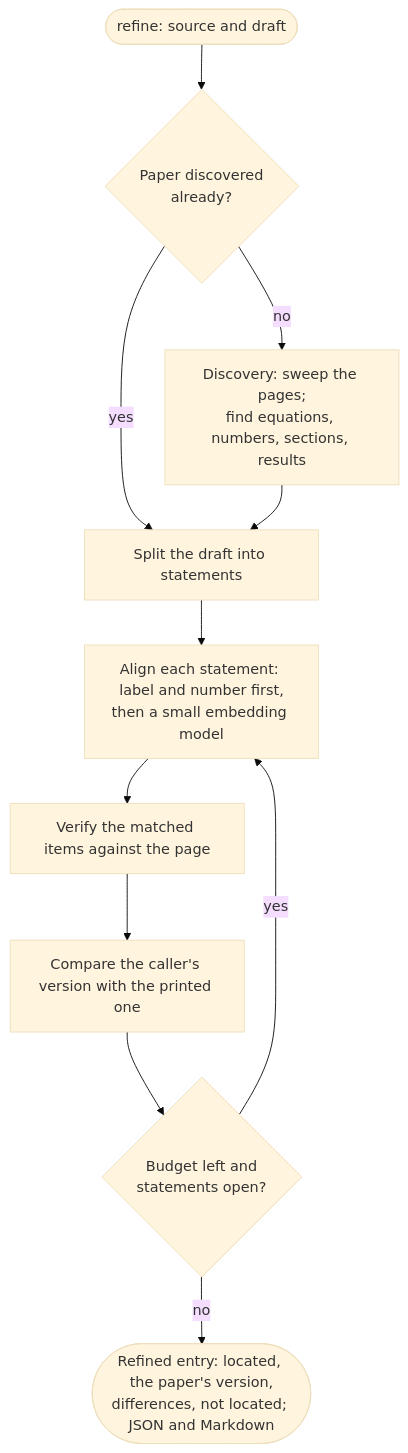
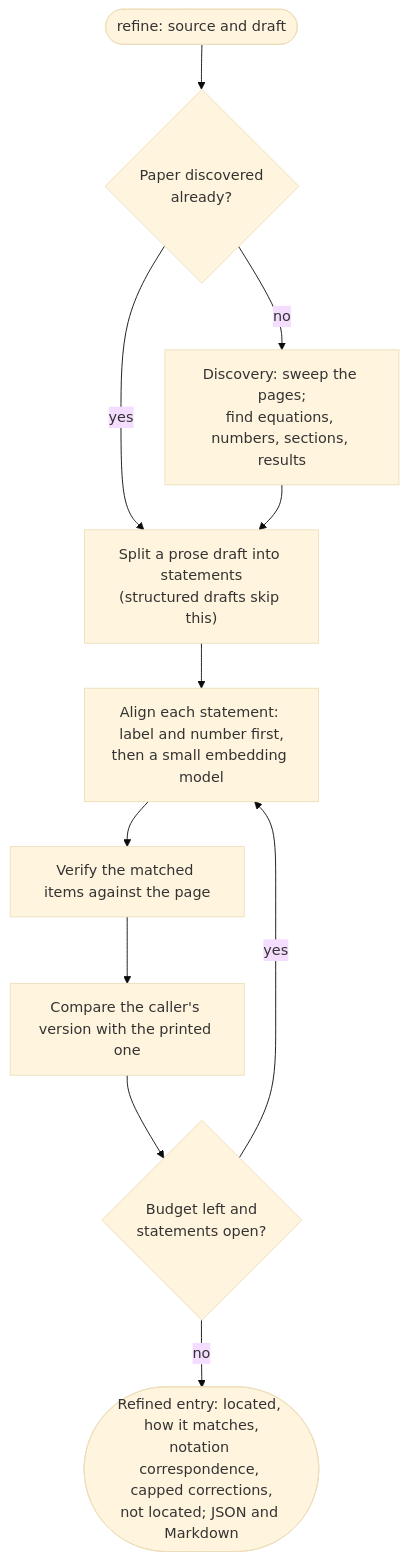
Before and after one commit to mdtisdall/math-aware-source-digest: the second of 2 diagrams in planning/outputs.md, drawn with Mermaid (base theme). The commit also changed other lines of this file, not shown here.

First line of the commit message:
Plan: structured drafts, splitting, a budget across calls, existing work (#36)

````diff
--- a/planning/outputs.md
+++ b/planning/outputs.md
@@ -176,13 +206,13 @@
 ```mermaid
 flowchart TD
     start(["refine: source and draft"]) --> known{"Paper discovered<br/>already?"}
     known -->|"no"| discover["Discovery: sweep the pages;<br/>find equations, numbers, sections, results"]
     known -->|"yes"| split
-    discover --> split["Split the draft into statements"]
+    discover --> split["Split a prose draft into statements<br/>(structured drafts skip this)"]
     split --> align["Align each statement: label and number first,<br/>then a small embedding model"]
     align --> verify["Verify the matched items against the page"]
     verify --> compare["Compare the caller's version with the printed one"]
     compare --> check{"Budget left and<br/>statements open?"}
     check -->|"yes"| align
-    check -->|"no"| out(["Refined entry: located, the paper's version,<br/>differences, not located; JSON and Markdown"])
+    check -->|"no"| out(["Refined entry: located, how it matches,<br/>notation correspondence, capped corrections,<br/>not located; JSON and Markdown"])
 ```
````
